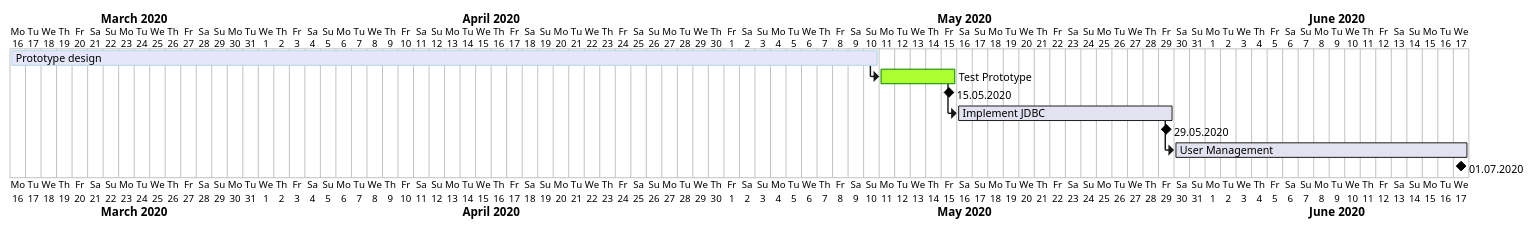
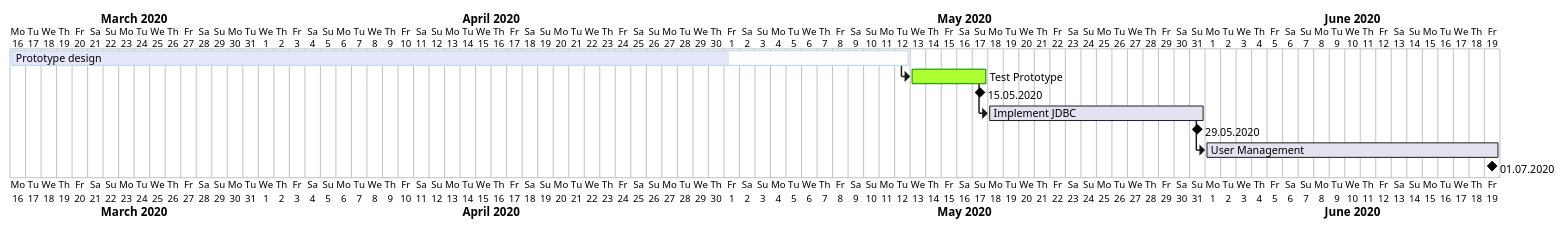
One commit to 1920-3ahif-syp/03-main-projects-with-admin-workmanager2 changed the diagram in WorkManager/asciidocs/gantt.adoc. Above: the diagram before and after it, drawn with PlantUML. The commit also changed 34 other files, not shown here.

```diff
--- a/WorkManager/asciidocs/gantt.adoc
+++ b/WorkManager/asciidocs/gantt.adoc
@@ -22,21 +22,22 @@
 [plantuml,gantt,png]
 ....
 @startgantt
 Project starts the 16th of march 2020
-[Prototype design] as [Design] lasts 8 weeks
+[Prototype design] as [Design] lasts 58 days
+[Design] is 80% completed
 [Design] is colored in Lavender/LightBlue
 
 [Test Prototype] as [Test] lasts 5 days
 [Test] is colored in GreenYellow/Green
 [Design] -> [Test]
 [15.05.2020] happens at [Test]'s end
 
 [Implement JDBC] as [DB] lasts 2 weeks
 [Test] -> [DB]
 [29.05.2020] happens at [DB]'s end
 
 [User Management] as [User] lasts 19 days
 [DB] -> [User]
 [01.07.2020] happens at [User]'s end
 @endgantt
 ....
```
